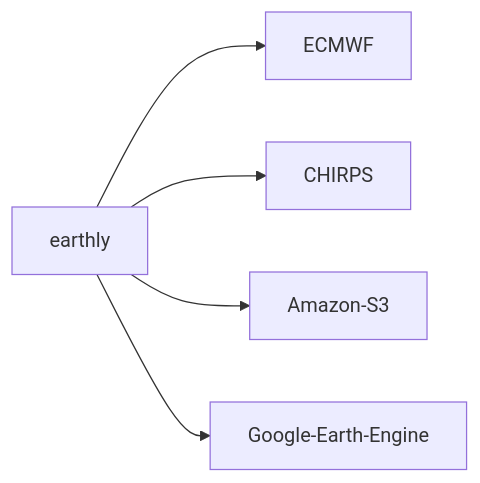
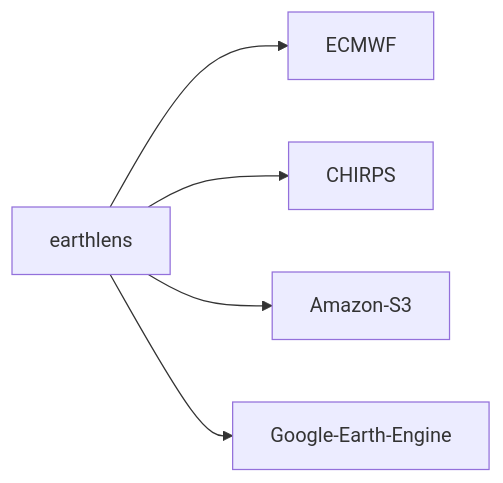
The diagram in docs/index.md (serapeum-org/earthly), drawn with Mermaid before and after one commit. The commit also changed other lines of this file and 86 other files, not shown here.

First line of the commit message:
refactor!: rename earthly -> earthlens and fix CDS notebooks (#47)

````diff
--- a/docs/index.md
+++ b/docs/index.md
@@ -20,7 +20,7 @@
 ```mermaid
 graph LR
-    earthly --> ECMWF
-    earthly --> CHIRPS
-    earthly --> Amazon-S3
-    earthly --> Google-Earth-Engine
+    earthlens --> ECMWF
+    earthlens --> CHIRPS
+    earthlens --> Amazon-S3
+    earthlens --> Google-Earth-Engine
 ```
````
